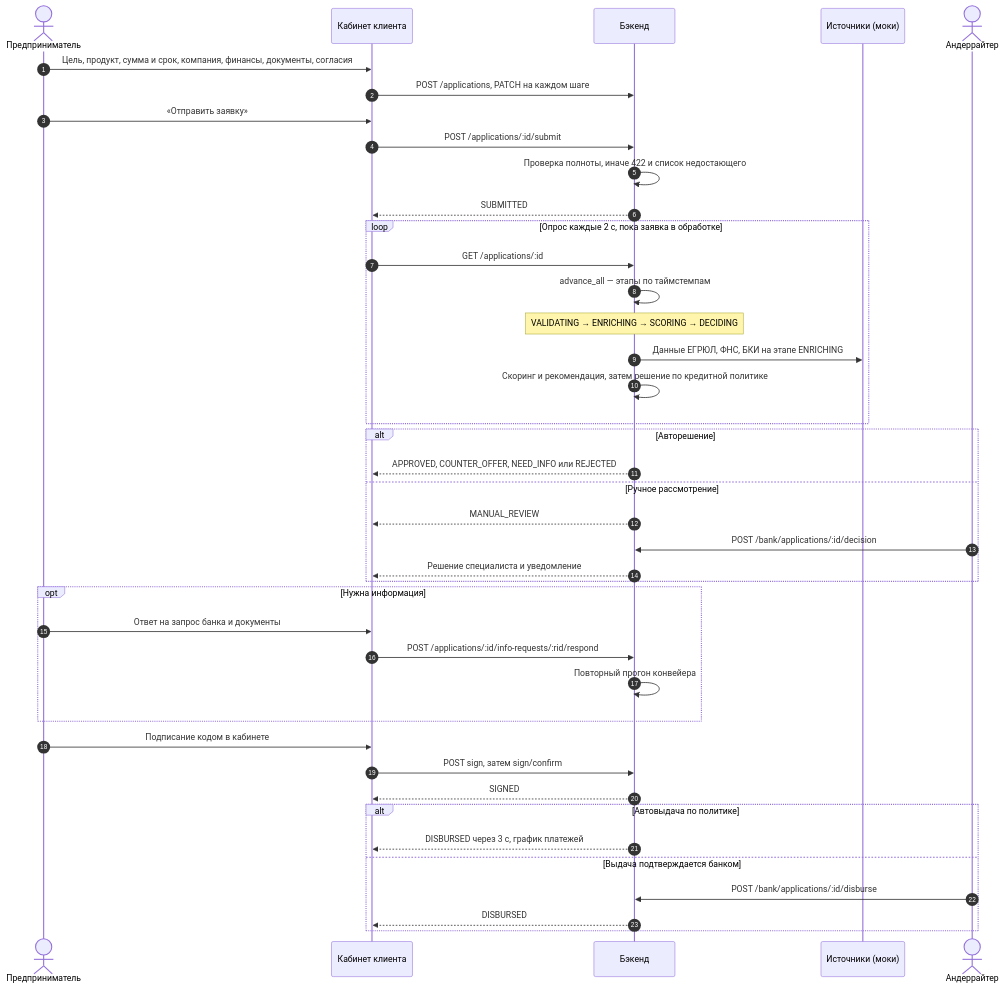
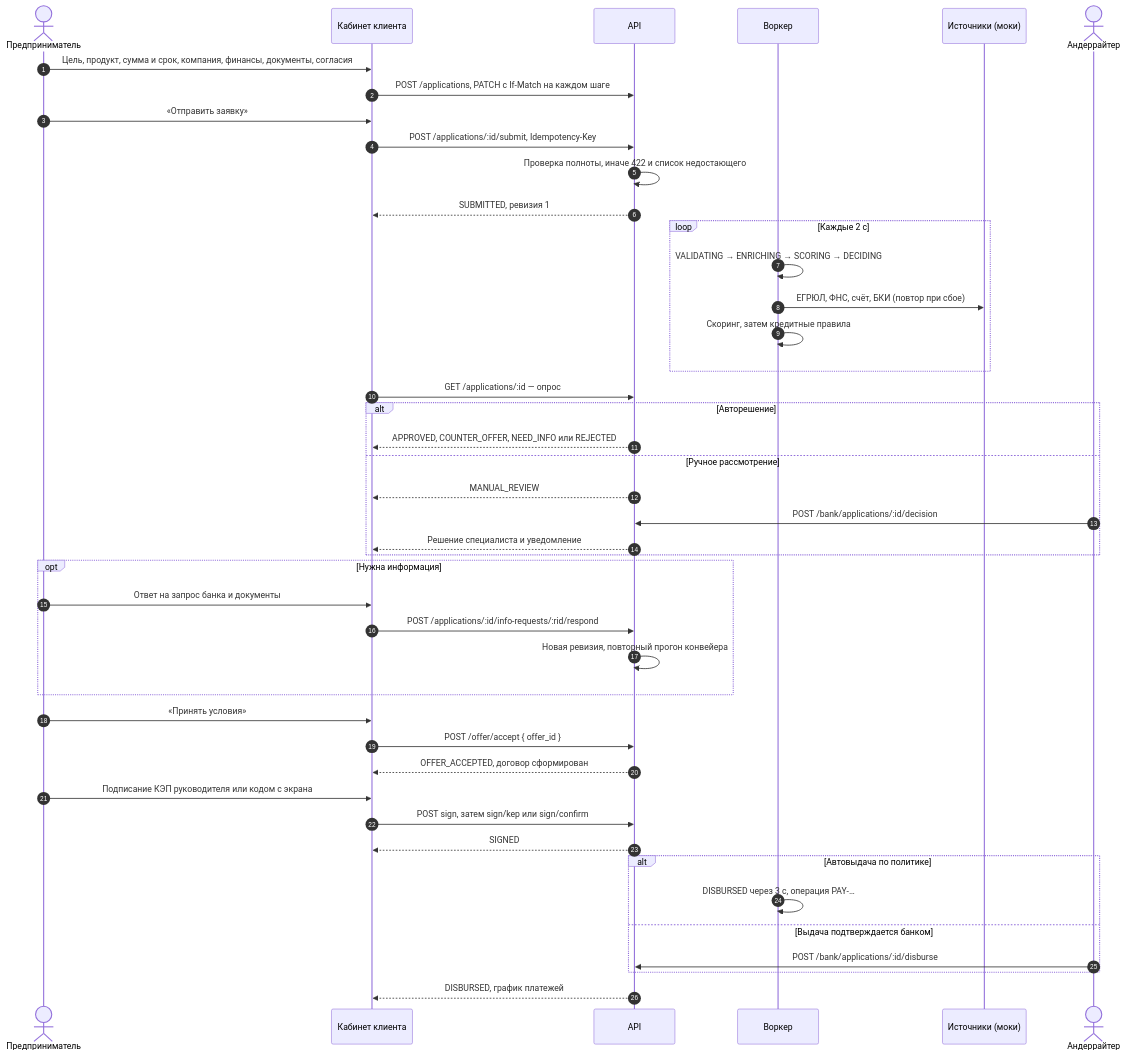
One commit to hugecatdev/alpharay changed the sixth of 8 diagrams in docs/architecture.md. Above: the diagram before and after it, drawn with Mermaid. The commit also changed other lines of this file and 88 other files, not shown here.

````diff
--- a/docs/architecture.md
+++ b/docs/architecture.md
@@ -178,44 +233,47 @@
 ```mermaid
 sequenceDiagram
     autonumber
     actor C as Предприниматель
     participant FE as Кабинет клиента
-    participant API as Бэкенд
+    participant API as API
+    participant W as Воркер
     participant SRC as Источники (моки)
     actor U as Андеррайтер
 
     C->>FE: Цель, продукт, сумма и срок, компания, финансы, документы, согласия
-    FE->>API: POST /applications, PATCH на каждом шаге
+    FE->>API: POST /applications, PATCH с If-Match на каждом шаге
     C->>FE: «Отправить заявку»
-    FE->>API: POST /applications/:id/submit
+    FE->>API: POST /applications/:id/submit, Idempotency-Key
     API->>API: Проверка полноты, иначе 422 и список недостающего
-    API-->>FE: SUBMITTED
-    loop Опрос каждые 2 с, пока заявка в обработке
-        FE->>API: GET /applications/:id
-        API->>API: advance_all — этапы по таймстемпам
-        Note over API: VALIDATING → ENRICHING → SCORING → DECIDING
-        API->>SRC: Данные ЕГРЮЛ, ФНС, БКИ на этапе ENRICHING
-        API->>API: Скоринг и рекомендация, затем решение по кредитной политике
+    API-->>FE: SUBMITTED, ревизия 1
+    loop Каждые 2 с
+        W->>W: VALIDATING → ENRICHING → SCORING → DECIDING
+        W->>SRC: ЕГРЮЛ, ФНС, счёт, БКИ (повтор при сбое)
+        W->>W: Скоринг, затем кредитные правила
     end
+    FE->>API: GET /applications/:id — опрос
     alt Авторешение
         API-->>FE: APPROVED, COUNTER_OFFER, NEED_INFO или REJECTED
     else Ручное рассмотрение
         API-->>FE: MANUAL_REVIEW
         U->>API: POST /bank/applications/:id/decision
         API-->>FE: Решение специалиста и уведомление
     end
     opt Нужна информация
         C->>FE: Ответ на запрос банка и документы
         FE->>API: POST /applications/:id/info-requests/:rid/respond
-        API->>API: Повторный прогон конвейера
+        API->>API: Новая ревизия, повторный прогон конвейера
     end
-    C->>FE: Подписание кодом в кабинете
-    FE->>API: POST sign, затем sign/confirm
+    C->>FE: «Принять условия»
+    FE->>API: POST /offer/accept { offer_id }
+    API-->>FE: OFFER_ACCEPTED, договор сформирован
+    C->>FE: Подписание КЭП руководителя или кодом с экрана
+    FE->>API: POST sign, затем sign/kep или sign/confirm
     API-->>FE: SIGNED
     alt Автовыдача по политике
-        API-->>FE: DISBURSED через 3 с, график платежей
+        W->>W: DISBURSED через 3 с, операция PAY-…
     else Выдача подтверждается банком
         U->>API: POST /bank/applications/:id/disburse
-        API-->>FE: DISBURSED
     end
+    API-->>FE: DISBURSED, график платежей
 ```
````
